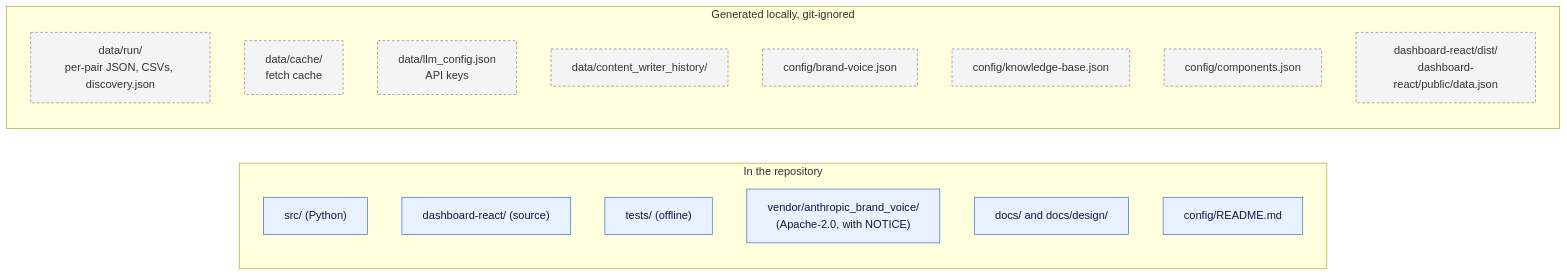
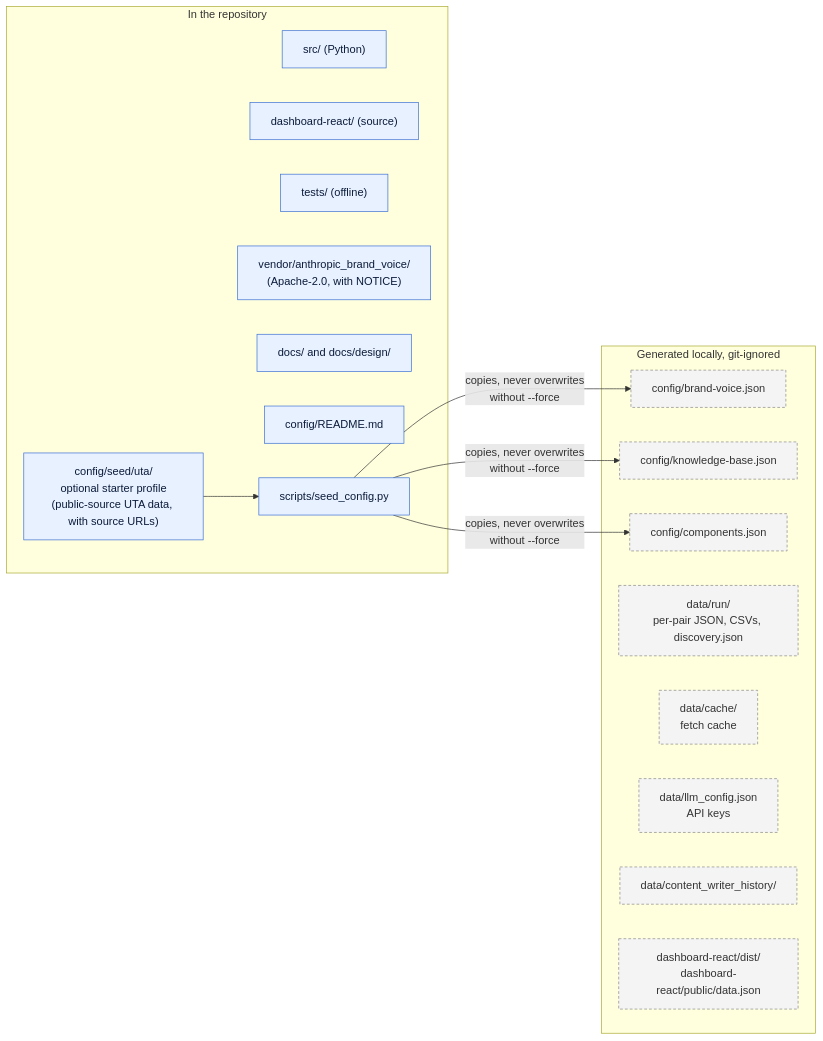
One commit to ashzaeen/MavDitto changed diagram 17 of 17 in docs/ARCHITECTURE.md. Above: the diagram before and after it, drawn with Mermaid. The commit also changed other lines of this file and 9 other files, not shown here.

First line of the commit message:
Add Apache-2.0 license and an optional UTA starter profile with a seed script

````diff
--- a/docs/ARCHITECTURE.md
+++ b/docs/ARCHITECTURE.md
@@ -549,25 +549,30 @@
 ```mermaid
 flowchart LR
     classDef committed fill:#e8f1ff,stroke:#3b6fd4,color:#0b1b3a
     classDef ignored fill:#f4f4f4,stroke:#888,color:#333,stroke-dasharray:4 3
 
     subgraph REPO["In the repository"]
         src["src/ (Python)"]:::committed
         dash["dashboard-react/ (source)"]:::committed
         tests["tests/ (offline)"]:::committed
         vend["vendor/anthropic_brand_voice/<br/>(Apache-2.0, with NOTICE)"]:::committed
         docs["docs/ and docs/design/"]:::committed
         cfgreadme["config/README.md"]:::committed
+        seedp["config/seed/uta/<br/>optional starter profile<br/>(public-source UTA data, with source URLs)"]:::committed
+        seeder["scripts/seed_config.py"]:::committed
     end
+
+    seeder -- "copies, never overwrites<br/>without --force" --> c1 & c2 & c3
+    seedp --> seeder
 
     subgraph LOCAL["Generated locally, git-ignored"]
         d1["data/run/<br/>per-pair JSON, CSVs, discovery.json"]:::ignored
         d2["data/cache/<br/>fetch cache"]:::ignored
         d3["data/llm_config.json<br/>API keys"]:::ignored
         d4["data/content_writer_history/"]:::ignored
         c1["config/brand-voice.json"]:::ignored
         c2["config/knowledge-base.json"]:::ignored
         c3["config/components.json"]:::ignored
         n1["dashboard-react/dist/<br/>dashboard-react/public/data.json"]:::ignored
     end
 ```
````
